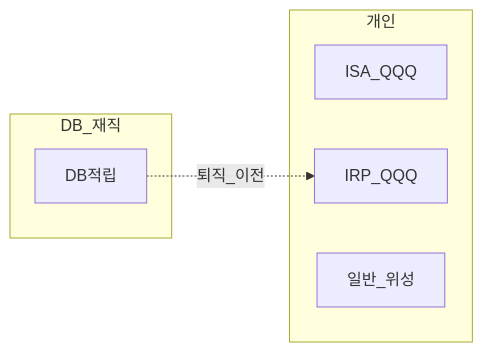
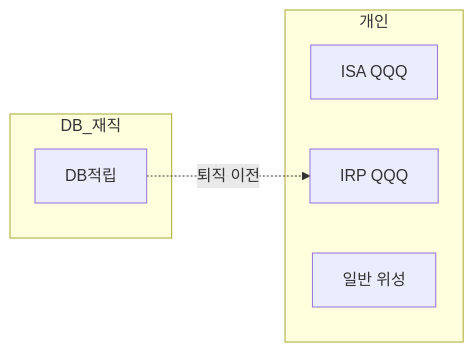
One commit to goldanghenry/Finances changed the first of 2 diagrams in 06-korea-policy/tax/account-product-tax-map.md. Above: the diagram before and after it, drawn with Mermaid. The commit also changed other lines of this file and 211 other files, not shown here.

````diff
--- a/06-korea-policy/tax/account-product-tax-map.md
+++ b/06-korea-policy/tax/account-product-tax-map.md
@@ -91,12 +102,12 @@
 ```mermaid
 flowchart LR
   subgraph no [DB_재직]
     DB[DB적립]
   end
   subgraph yes [개인]
-    ISA[ISA_QQQ]
-    IRP[IRP_QQQ]
-    Gen[일반_위성]
+    ISA["ISA QQQ"]
+    IRP["IRP QQQ"]
+    Gen["일반 위성"]
   end
-  DB -.->|퇴직_이전| IRP
+  DB -.->|"퇴직 이전"| IRP
 ```
````
